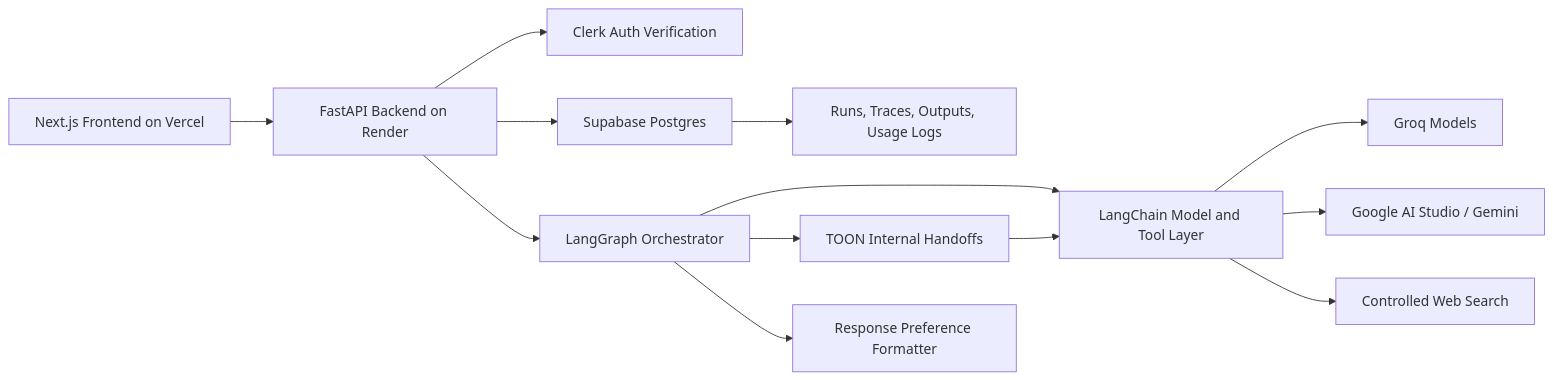
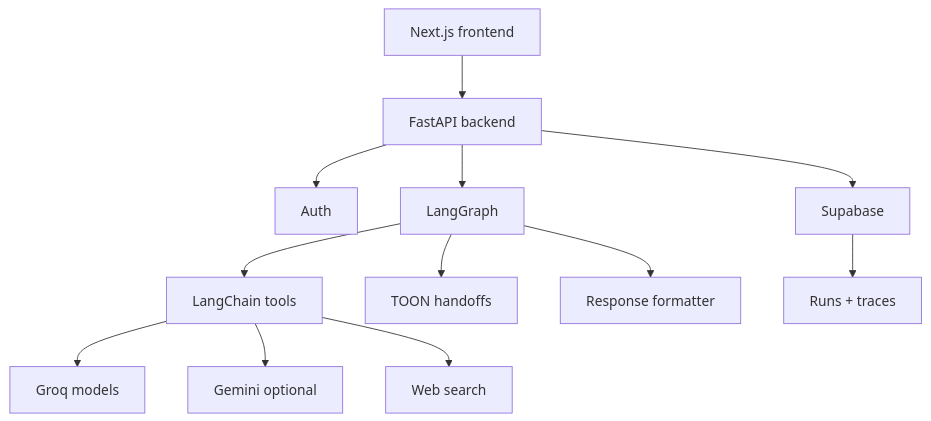
Before and after one commit to Hassaan146/agentic-ai-workflow: the ninth of 10 diagrams in docs/diagrams.md, drawn with Mermaid. The commit also changed other lines of this file, not shown here.

Commit message:
Make diagrams PDF export friendly

````diff
--- a/docs/diagrams.md
+++ b/docs/diagrams.md
@@ -130,15 +147,14 @@
 ```mermaid
-flowchart LR
-    A["Next.js Frontend on Vercel"] --> B["FastAPI Backend on Render"]
-    B --> C["Clerk Auth Verification"]
-    B --> D["Supabase Postgres"]
-    B --> E["LangGraph Orchestrator"]
-    E --> F["LangChain Model and Tool Layer"]
-    F --> G["Groq Models"]
-    F --> H["Google AI Studio / Gemini"]
-    F --> I["Controlled Web Search"]
-    E --> K["TOON Internal Handoffs"]
-    K --> F
-    E --> L["Response Preference Formatter"]
-    D --> J["Runs, Traces, Outputs, Usage Logs"]
+flowchart TD
+    A["Next.js frontend"] --> B["FastAPI backend"]
+    B --> C["Auth"]
+    B --> D["Supabase"]
+    B --> E["LangGraph"]
+    E --> F["LangChain tools"]
+    F --> G["Groq models"]
+    F --> H["Gemini optional"]
+    F --> I["Web search"]
+    E --> J["TOON handoffs"]
+    E --> K["Response formatter"]
+    D --> L["Runs + traces"]
 ```
````
